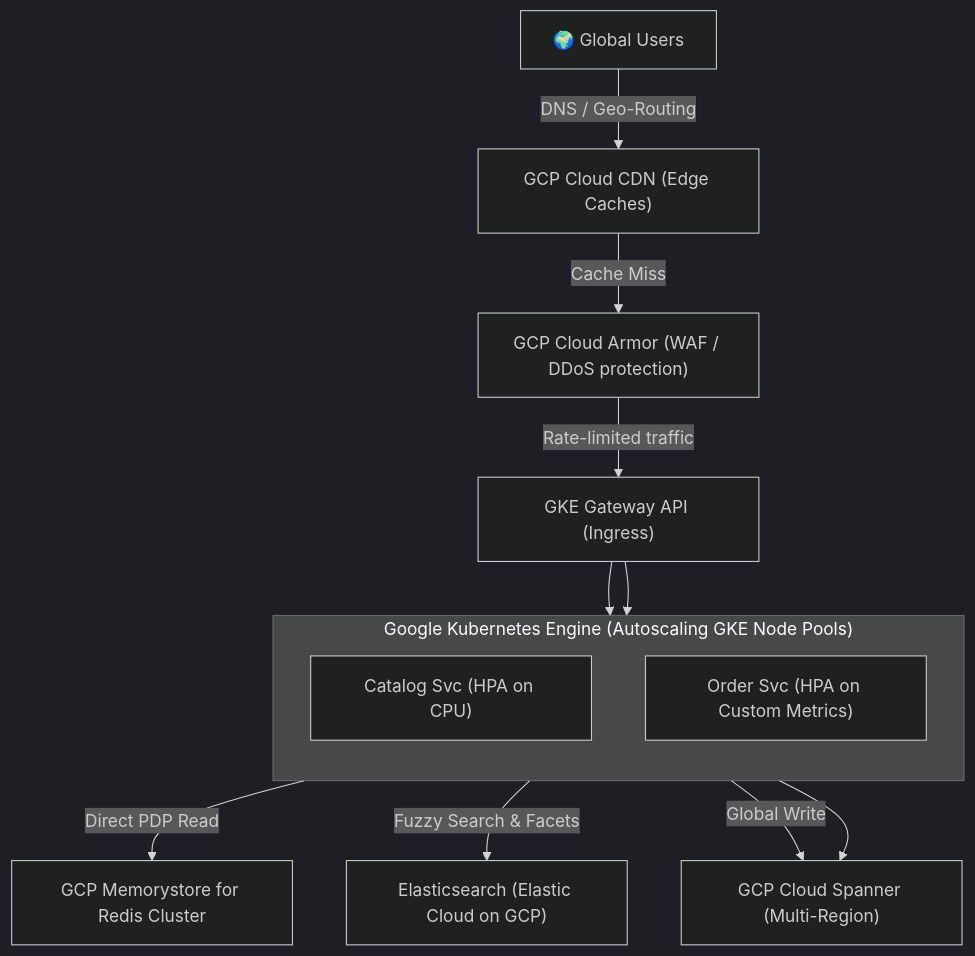
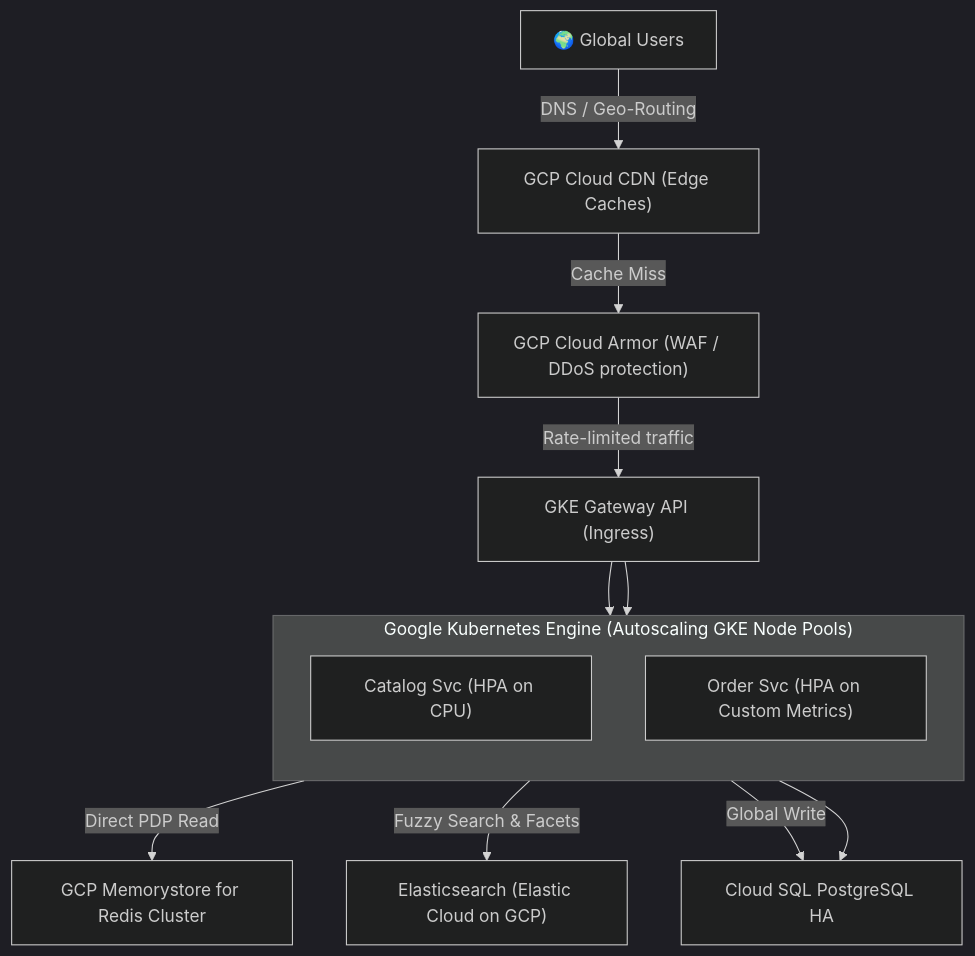
Before and after one commit to drapic88/abysalto-webshop: the first of 4 diagrams in doc/deep_dive.md, drawn with Mermaid (dark theme). The commit also changed other lines of this file and 7 other files, not shown here.

Commit message:
Replace Cloud Spanner with PostgreSQL

````diff
--- a/doc/deep_dive.md
+++ b/doc/deep_dive.md
@@ -14,20 +14,20 @@
 ```mermaid
 graph TD
     User["🌍 Global Users"] -->|DNS / Geo-Routing| CDN["GCP Cloud CDN (Edge Caches)"]
     CDN -->|Cache Miss| Armor["GCP Cloud Armor (WAF / DDoS protection)"]
     Armor -->|Rate-limited traffic| GKE["GKE Gateway API (Ingress)"]
     
     subgraph GKE Cluster ["Google Kubernetes Engine (Autoscaling GKE Node Pools)"]
         direction TB
         Catalog["Catalog Svc (HPA on CPU)"]
         Order["Order Svc (HPA on Custom Metrics)"]
     end
     
     GKE --> Catalog
     GKE --> Order
     
     Catalog -->|Direct PDP Read| Redis["GCP Memorystore for Redis Cluster"]
     Catalog -->|Fuzzy Search & Facets| ES["Elasticsearch (Elastic Cloud on GCP)"]
-    Catalog -->|Global Write| Spanner["GCP Cloud Spanner (Multi-Region)"]
-    Order --> Spanner
+    Catalog -->|Global Write| Postgres["Cloud SQL PostgreSQL HA"]
+    Order --> Postgres
 ```
````
